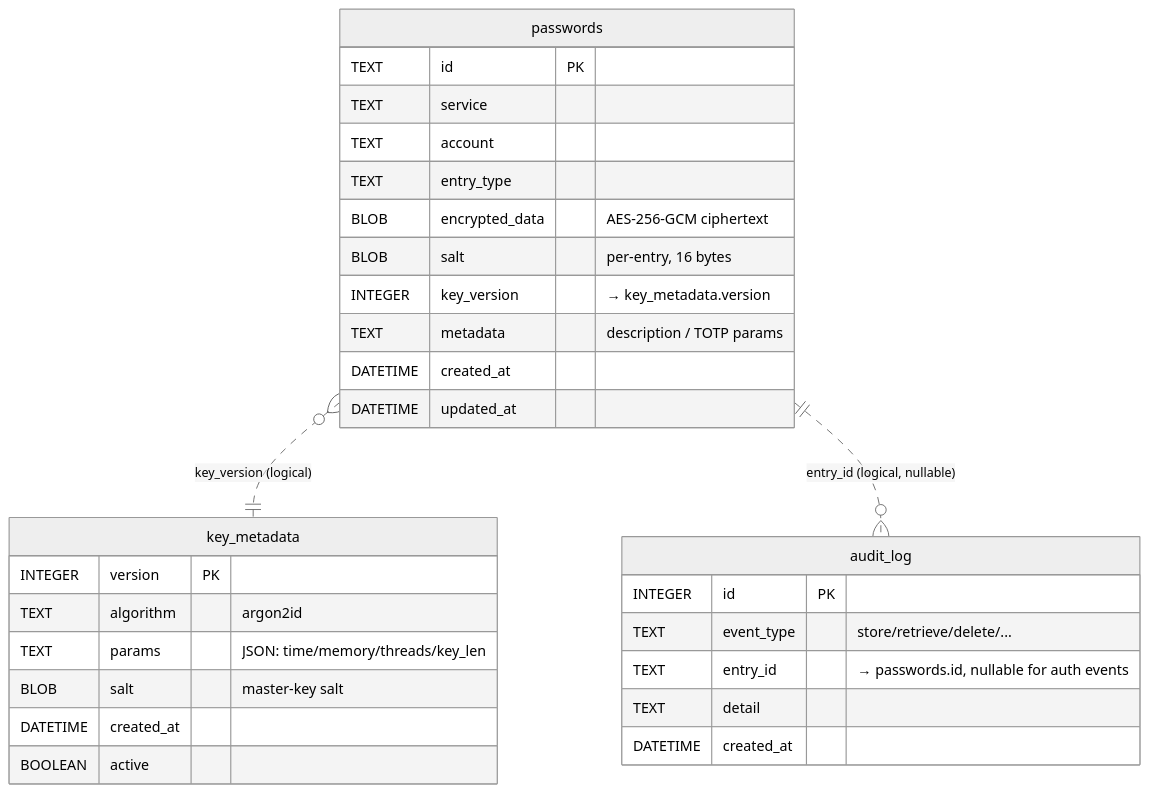
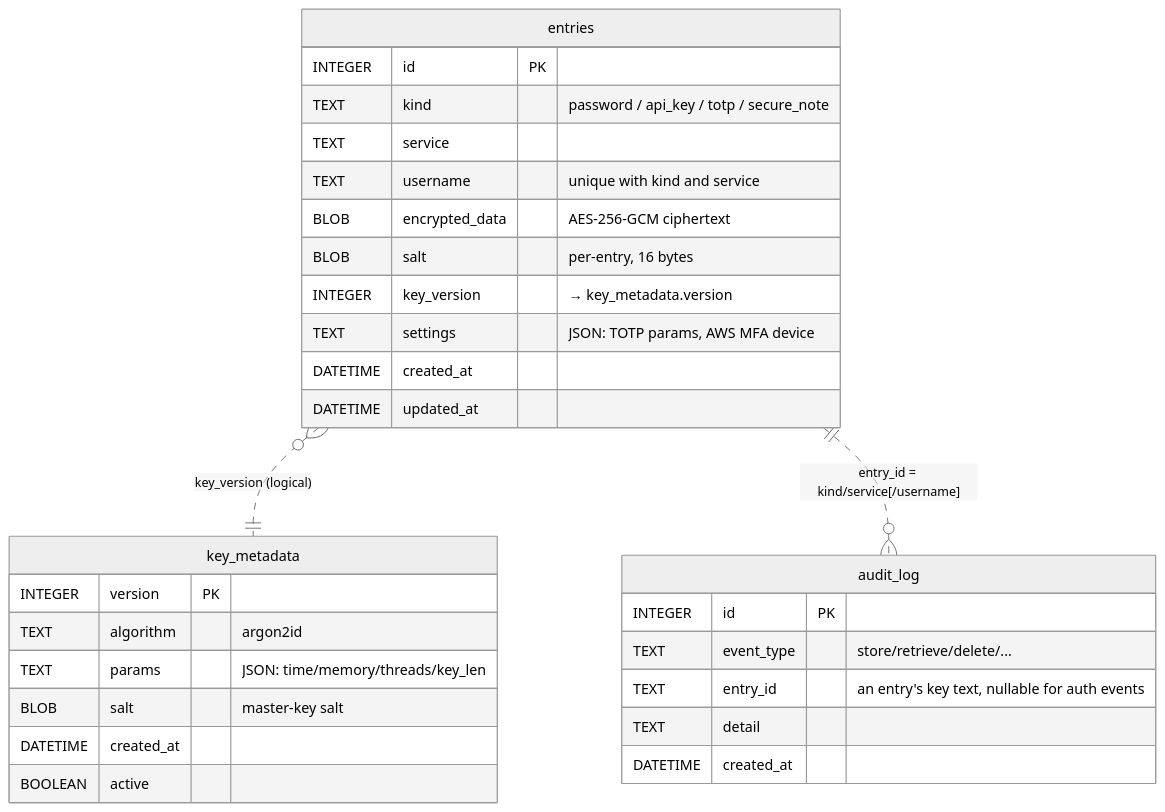
The diagram in docs/ARCHITECTURE.md (bashhack/sesh), drawn with Mermaid before and after one commit. The commit also changed other lines of this file and 35 other files, not shown here.

Commit message:
store entries in their own table with kind, service, and username as columns, and remove the keychain-style store interface

````diff
--- a/docs/ARCHITECTURE.md
+++ b/docs/ARCHITECTURE.md
@@ -230,36 +230,36 @@
 ```mermaid
 %%{init: {'theme': 'neutral'}}%%
 erDiagram
-    passwords }o..|| key_metadata : "key_version (logical)"
-    passwords ||..o{ audit_log : "entry_id (logical, nullable)"
+    entries }o..|| key_metadata : "key_version (logical)"
+    entries ||..o{ audit_log : "entry_id = kind/service[/username]"
 
-    passwords {
-        TEXT id PK
+    entries {
+        INTEGER id PK
+        TEXT kind "password / api_key / totp / secure_note"
         TEXT service
-        TEXT account
-        TEXT entry_type
+        TEXT username "unique with kind and service"
         BLOB encrypted_data "AES-256-GCM ciphertext"
         BLOB salt "per-entry, 16 bytes"
         INTEGER key_version "→ key_metadata.version"
-        TEXT metadata "description / TOTP params"
+        TEXT settings "JSON: TOTP params, AWS MFA device"
         DATETIME created_at
         DATETIME updated_at
     }
 
     key_metadata {
         INTEGER version PK
         TEXT algorithm "argon2id"
         TEXT params "JSON: time/memory/threads/key_len"
         BLOB salt "master-key salt"
         DATETIME created_at
         BOOLEAN active
     }
 
     audit_log {
         INTEGER id PK
         TEXT event_type "store/retrieve/delete/..."
-        TEXT entry_id "→ passwords.id, nullable for auth events"
+        TEXT entry_id "an entry's key text, nullable for auth events"
         TEXT detail
         DATETIME created_at
     }
 ```
````
